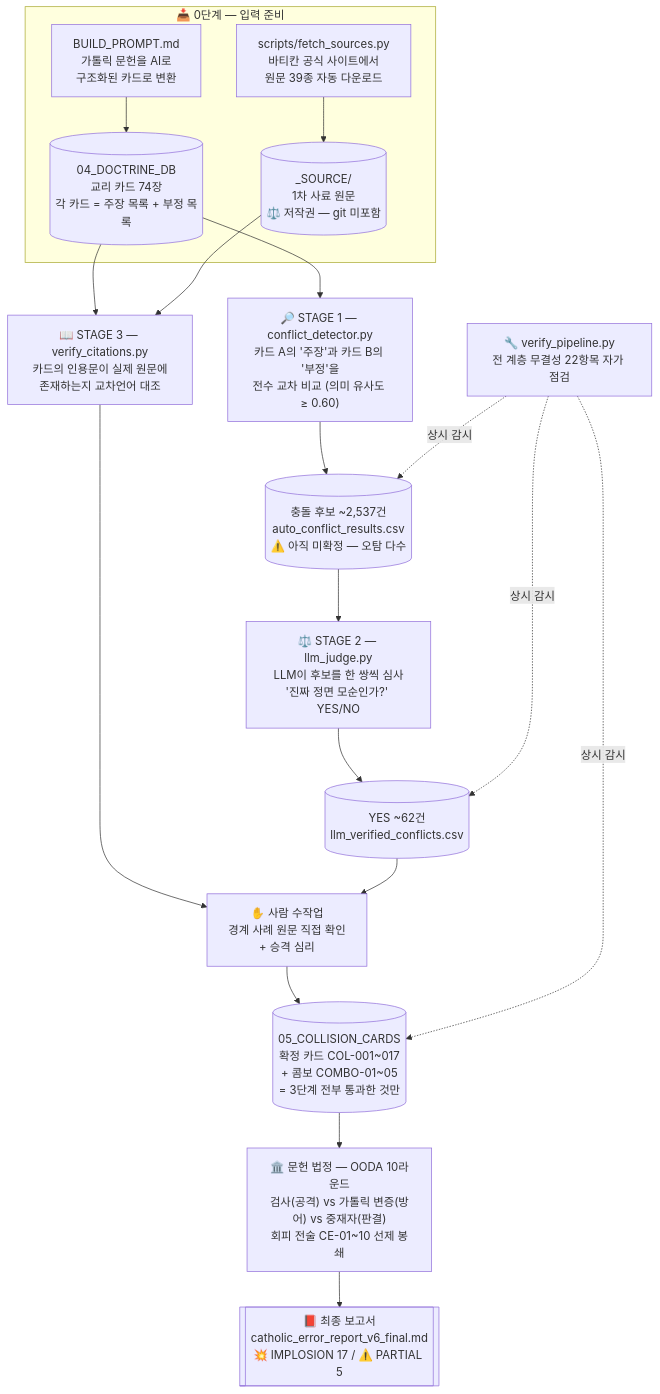
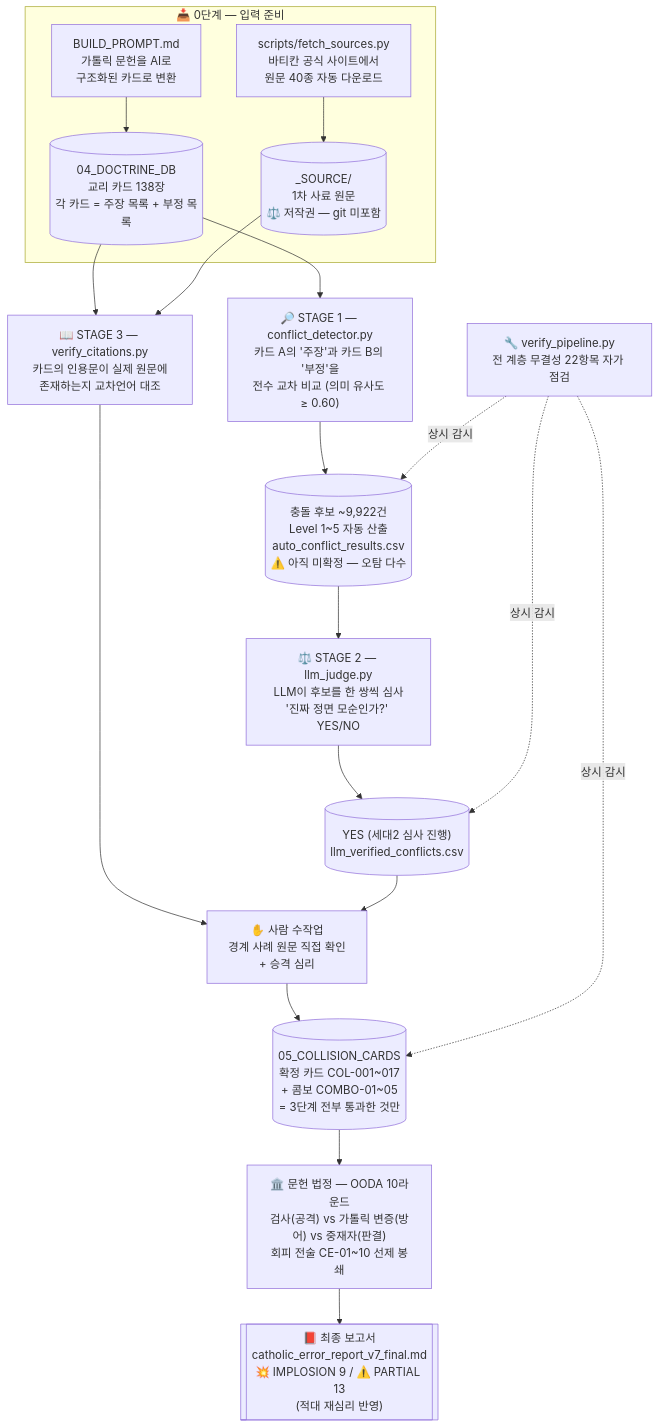
One commit to jloveonly-prog/the-scripture-audit-ko changed the first of 2 diagrams in the-catholic-audit/README.md. Above: the diagram before and after it, drawn with Mermaid. The commit also changed other lines of this file and 9 other files, not shown here.

First line of the commit message:
feat(catholic-audit): v7 최종 통합본 — 적대 분리 재심리 완료판

````diff
--- a/the-catholic-audit/README.md
+++ b/the-catholic-audit/README.md
@@ -44,27 +44,27 @@
 ```mermaid
 flowchart TD
     subgraph PREP["📥 0단계 — 입력 준비"]
-        A["BUILD_PROMPT.md<br/>가톨릭 문헌을 AI로<br/>구조화된 카드로 변환"] --> B[("04_DOCTRINE_DB<br/>교리 카드 74장<br/>각 카드 = 주장 목록 + 부정 목록")]
-        F["scripts/fetch_sources.py<br/>바티칸 공식 사이트에서<br/>원문 39종 자동 다운로드"] --> S[("_SOURCE/<br/>1차 사료 원문<br/>⚖️ 저작권 — git 미포함")]
+        A["BUILD_PROMPT.md<br/>가톨릭 문헌을 AI로<br/>구조화된 카드로 변환"] --> B[("04_DOCTRINE_DB<br/>교리 카드 138장<br/>각 카드 = 주장 목록 + 부정 목록")]
+        F["scripts/fetch_sources.py<br/>바티칸 공식 사이트에서<br/>원문 40종 자동 다운로드"] --> S[("_SOURCE/<br/>1차 사료 원문<br/>⚖️ 저작권 — git 미포함")]
     end
 
     B --> C["🔎 STAGE 1 — conflict_detector.py<br/>카드 A의 '주장'과 카드 B의 '부정'을<br/>전수 교차 비교 (의미 유사도 ≥ 0.60)"]
-    C --> D[("충돌 후보 ~2,537건<br/>auto_conflict_results.csv<br/>⚠️ 아직 미확정 — 오탐 다수")]
+    C --> D[("충돌 후보 ~9,922건<br/>Level 1~5 자동 산출<br/>auto_conflict_results.csv<br/>⚠️ 아직 미확정 — 오탐 다수")]
 
     D --> E["⚖️ STAGE 2 — llm_judge.py<br/>LLM이 후보를 한 쌍씩 심사<br/>'진짜 정면 모순인가?' YES/NO"]
-    E --> G[("YES ~62건<br/>llm_verified_conflicts.csv")]
+    E --> G[("YES (세대2 심사 진행)<br/>llm_verified_conflicts.csv")]
 
     B --> H["📖 STAGE 3 — verify_citations.py<br/>카드의 인용문이 실제 원문에<br/>존재하는지 교차언어 대조"]
     S --> H
     H --> I["✋ 사람 수작업<br/>경계 사례 원문 직접 확인<br/>+ 승격 심리"]
     G --> I
 
     I --> J[("05_COLLISION_CARDS<br/>확정 카드 COL-001~017<br/>+ 콤보 COMBO-01~05<br/>= 3단계 전부 통과한 것만")]
 
     J --> K["🏛️ 문헌 법정 — OODA 10라운드<br/>검사(공격) vs 가톨릭 변증(방어) vs 중재자(판결)<br/>회피 전술 CE-01~10 선제 봉쇄"]
-    K --> L[["📕 최종 보고서<br/>catholic_error_report_v6_final.md<br/>💥 IMPLOSION 17 / ⚠️ PARTIAL 5"]]
+    K --> L[["📕 최종 보고서<br/>catholic_error_report_v7_final.md<br/>💥 IMPLOSION 9 / ⚠️ PARTIAL 13<br/>(적대 재심리 반영)"]]
 
     V["🔧 verify_pipeline.py<br/>전 계층 무결성 22항목 자가 점검"] -.->|상시 감시| D
     V -.->|상시 감시| G
     V -.->|상시 감시| J
 ```
````
